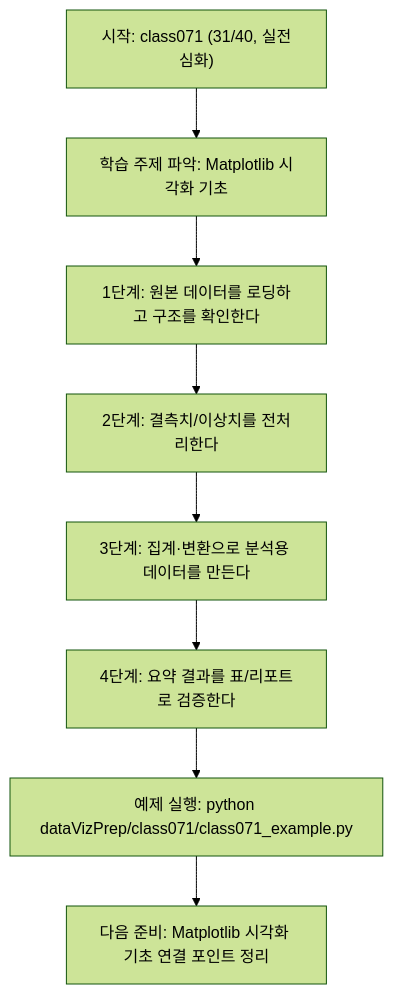
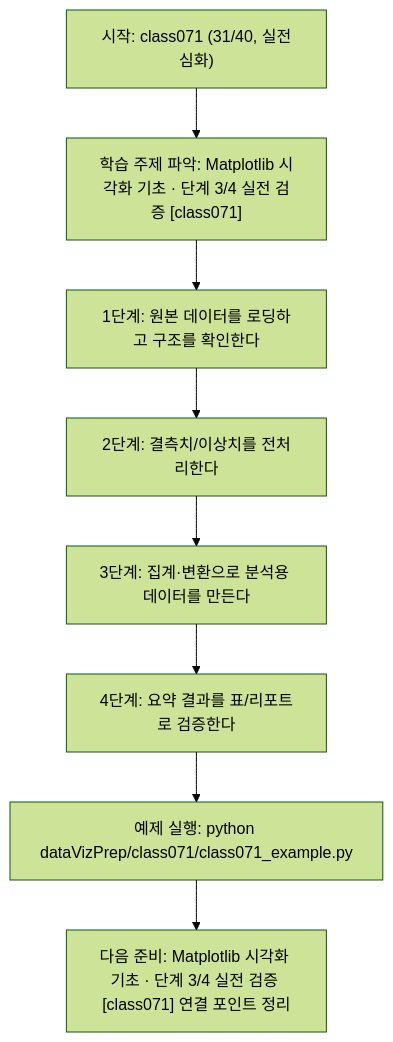
Before and after one commit to edumgt/Python-AI_Agent-Class: the diagram in dataVizPrep/class071/class071.md, drawn with Mermaid (forest theme). The commit also changed other lines of this file and 522 other files, not shown here.

````diff
--- a/dataVizPrep/class071/class071.md
+++ b/dataVizPrep/class071/class071.md
@@ -110,18 +111,18 @@
 ```mermaid
 flowchart TD
 N1["시작: class071 (31/40, 실전심화)"]
-N2["학습 주제 파악: Matplotlib 시각화 기초"]
+N2["학습 주제 파악: Matplotlib 시각화 기초 · 단계 3/4 실전 검증 [class071]"]
 N3["1단계: 원본 데이터를 로딩하고 구조를 확인한다"]
 N4["2단계: 결측치/이상치를 전처리한다"]
 N5["3단계: 집계·변환으로 분석용 데이터를 만든다"]
 N6["4단계: 요약 결과를 표/리포트로 검증한다"]
 N7["예제 실행: python dataVizPrep/class071/class071_example.py"]
-N8["다음 준비: Matplotlib 시각화 기초 연결 포인트 정리"]
+N8["다음 준비: Matplotlib 시각화 기초 · 단계 3/4 실전 검증 [class071] 연결 포인트 정리"]
 N1 --> N2
 N2 --> N3
 N3 --> N4
 N4 --> N5
 N5 --> N6
 N6 --> N7
 N7 --> N8
 ```
````
